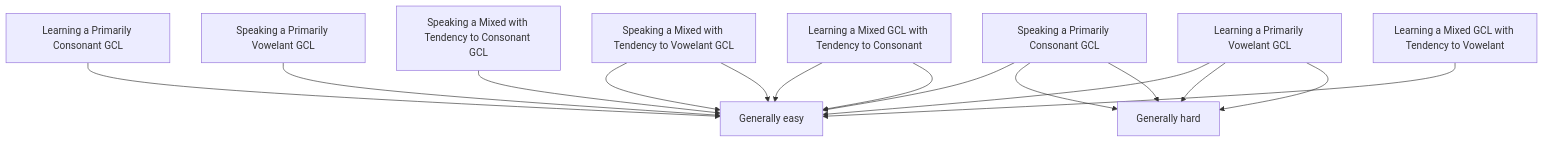
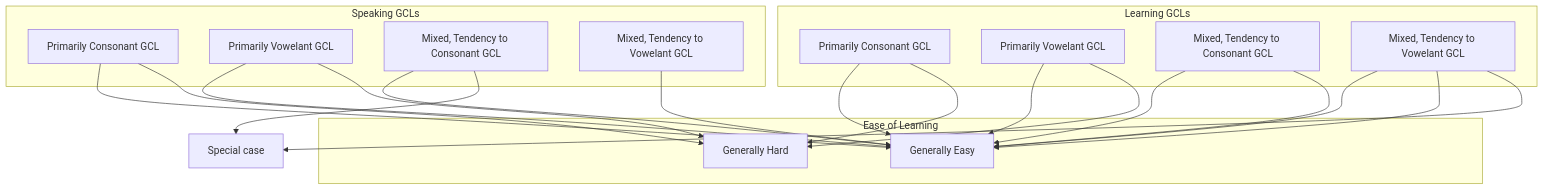
The diagram in general_communication_languages_categorization_for_learning.md (bendqh1/mermaid), drawn with Mermaid before and after one commit.

````diff
--- a/general_communication_languages_categorization_for_learning.md
+++ b/general_communication_languages_categorization_for_learning.md
@@ -14,27 +14,35 @@
 ```mermaid
 flowchart TD
 
-  A1[Speaking a Primarily Consonant GCL]
-  A2[Speaking a Primarily Vowelant GCL]
-  A3[Speaking a Mixed with Tendency to Consonant GCL]
-  A4[Speaking a Mixed with Tendency to Vowelant GCL]
+  subgraph A [Speaking GCLs]
+    A1[Primarily Consonant GCL]
+    A2[Primarily Vowelant GCL]
+    A3[Mixed, Tendency to Consonant GCL]
+    A4[Mixed, Tendency to Vowelant GCL]
+  end
 
-  B1[Learning a Primarily Consonant GCL]
-  B2[Learning a Primarily Vowelant GCL]
-  B3[Learning a Mixed GCL with Tendency to Consonant]
-  B4[Learning a Mixed GCL with Tendency to Vowelant]
+  subgraph B [Learning GCLs]
+    B1[Primarily Consonant GCL]
+    B2[Primarily Vowelant GCL]
+    B3[Mixed, Tendency to Consonant GCL]
+    B4[Mixed, Tendency to Vowelant GCL]
+  end
 
-  C1[Generally easy]
-  C2[Generally hard]
-  
+  subgraph C [Ease of Learning]
+    C1[Generally Easy]
+    C2[Generally Hard]
+  end
+
   A1 & B1 --> C1
   A2 & B2 --> C1
 
   A1 & B2 --> C2
-  B2 & A1 --> C2
+  B1 & A2 --> C2
 
   A3 & B3 --> C1
-  A4 & A4 --> C1
+  A4 & B4 --> C1
 
   B3 & B4 --> C1
+
+  A3 & B4 --> XX1[Special case]
 ```
````
